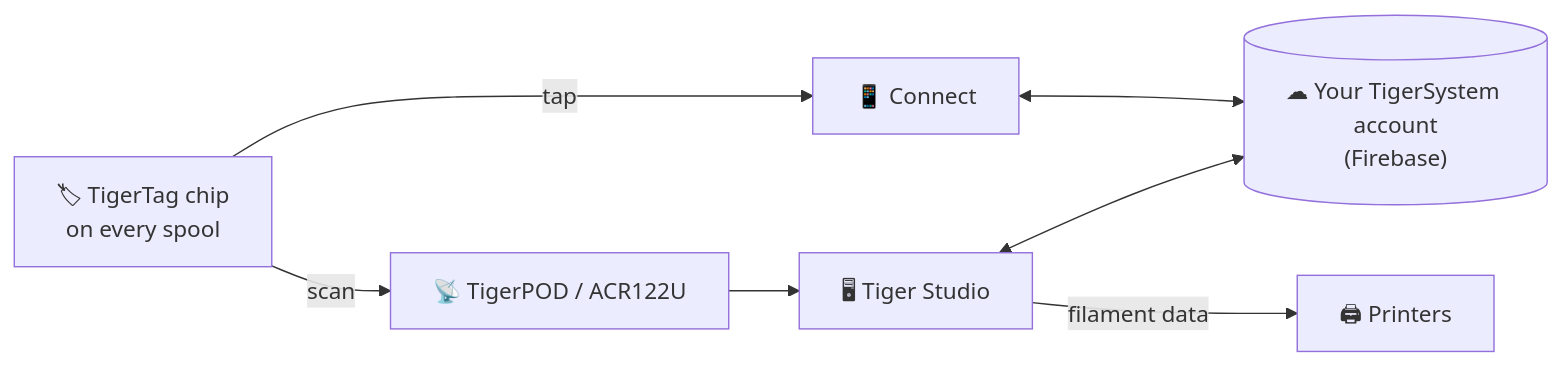
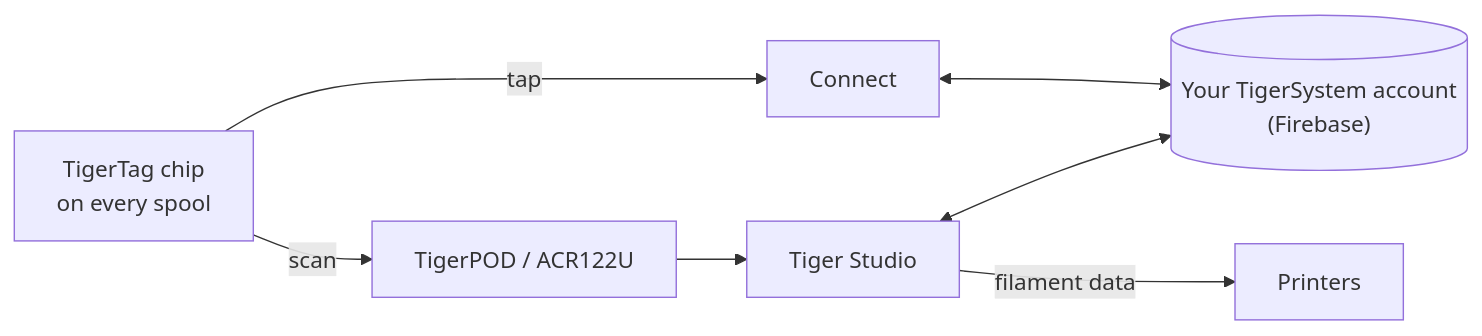
Before and after one commit to TigerTag-Project/TigerSystem-Docs: the diagram in docs/products/tigertag.md, drawn with Mermaid. The commit also changed other lines of this file and 56 other files, not shown here.

````diff
--- a/docs/products/tigertag.md
+++ b/docs/products/tigertag.md
@@ -15,7 +15,7 @@
 ```mermaid
 flowchart LR
-    TAG["🏷 TigerTag chip<br/>on every spool"] -- "tap" --> CO["📱 Connect"]
-    TAG -- "scan" --> RD["📡 TigerPOD / ACR122U"] --> ST["🖥 Tiger Studio"]
-    CO & ST <--> CLOUD[("☁ Your TigerSystem account<br/>(Firebase)")]
-    ST -- "filament data" --> PRN["🖨 Printers"]
+  TAG["TigerTag chip<br/>on every spool"] -- "tap" --> CO["Connect"]
+  TAG -- "scan" --> RD["TigerPOD / ACR122U"] --> ST["Tiger Studio"]
+  CO & ST <--> CLOUD[("Your TigerSystem account<br/>(Firebase)")]
+  ST -- "filament data" --> PRN["Printers"]
 ```
````
